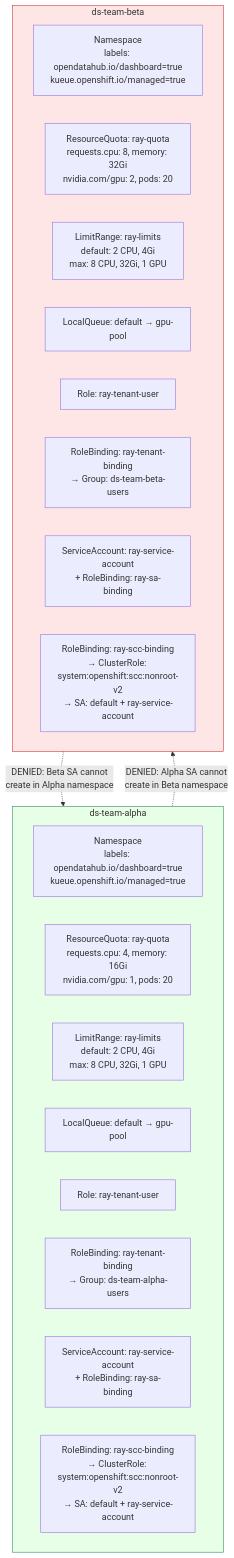
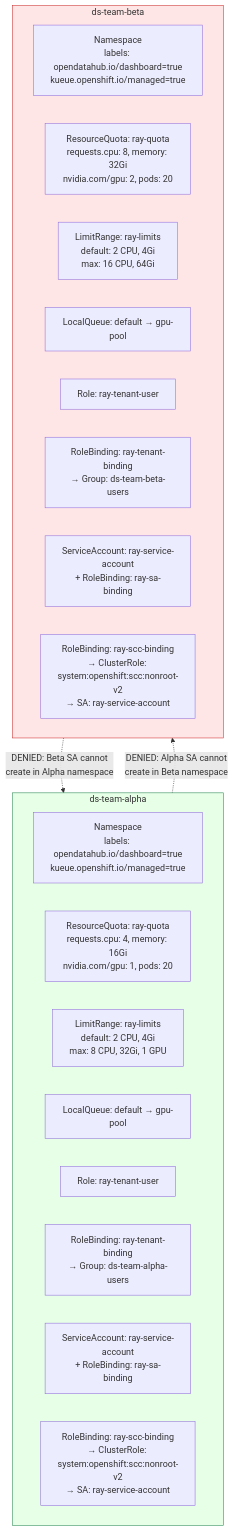
One commit to rrbanda/kray-ops changed the eighth of 9 diagrams in docs/architecture.md. Above: the diagram before and after it, drawn with Mermaid. The commit also changed other lines of this file and 6 other files, not shown here.

First line of the commit message:
Address review feedback: narrow SCC binding, fix quota/LimitRange mismatch, add RHOAI doc refs

````diff
--- a/docs/architecture.md
+++ b/docs/architecture.md
@@ -235,30 +235,30 @@
 ```mermaid
 graph TD
     subgraph alpha["ds-team-alpha"]
         A_NS["Namespace<br/>labels: opendatahub.io/dashboard=true<br/>kueue.openshift.io/managed=true"]
         A_RQ["ResourceQuota: ray-quota<br/>requests.cpu: 4, memory: 16Gi<br/>nvidia.com/gpu: 1, pods: 20"]
         A_LR["LimitRange: ray-limits<br/>default: 2 CPU, 4Gi<br/>max: 8 CPU, 32Gi, 1 GPU"]
         A_LQ["LocalQueue: default → gpu-pool"]
         A_ROLE["Role: ray-tenant-user"]
         A_RB["RoleBinding: ray-tenant-binding<br/>→ Group: ds-team-alpha-users"]
         A_SA["ServiceAccount: ray-service-account<br/>+ RoleBinding: ray-sa-binding"]
-        A_SCC["RoleBinding: ray-scc-binding<br/>→ ClusterRole: system:openshift:scc:nonroot-v2<br/>→ SA: default + ray-service-account"]
+        A_SCC["RoleBinding: ray-scc-binding<br/>→ ClusterRole: system:openshift:scc:nonroot-v2<br/>→ SA: ray-service-account"]
     end
 
     subgraph beta["ds-team-beta"]
         B_NS["Namespace<br/>labels: opendatahub.io/dashboard=true<br/>kueue.openshift.io/managed=true"]
         B_RQ["ResourceQuota: ray-quota<br/>requests.cpu: 8, memory: 32Gi<br/>nvidia.com/gpu: 2, pods: 20"]
-        B_LR["LimitRange: ray-limits<br/>default: 2 CPU, 4Gi<br/>max: 8 CPU, 32Gi, 1 GPU"]
+        B_LR["LimitRange: ray-limits<br/>default: 2 CPU, 4Gi<br/>max: 16 CPU, 64Gi"]
         B_LQ["LocalQueue: default → gpu-pool"]
         B_ROLE["Role: ray-tenant-user"]
         B_RB["RoleBinding: ray-tenant-binding<br/>→ Group: ds-team-beta-users"]
         B_SA["ServiceAccount: ray-service-account<br/>+ RoleBinding: ray-sa-binding"]
-        B_SCC["RoleBinding: ray-scc-binding<br/>→ ClusterRole: system:openshift:scc:nonroot-v2<br/>→ SA: default + ray-service-account"]
+        B_SCC["RoleBinding: ray-scc-binding<br/>→ ClusterRole: system:openshift:scc:nonroot-v2<br/>→ SA: ray-service-account"]
     end
 
     alpha -.->|"DENIED: Alpha SA cannot<br/>create in Beta namespace"| beta
     beta -.->|"DENIED: Beta SA cannot<br/>create in Alpha namespace"| alpha
 
     style alpha fill:#e6ffe6,stroke:#2e8b57
     style beta fill:#ffe6e6,stroke:#cc3333
 ```
````
